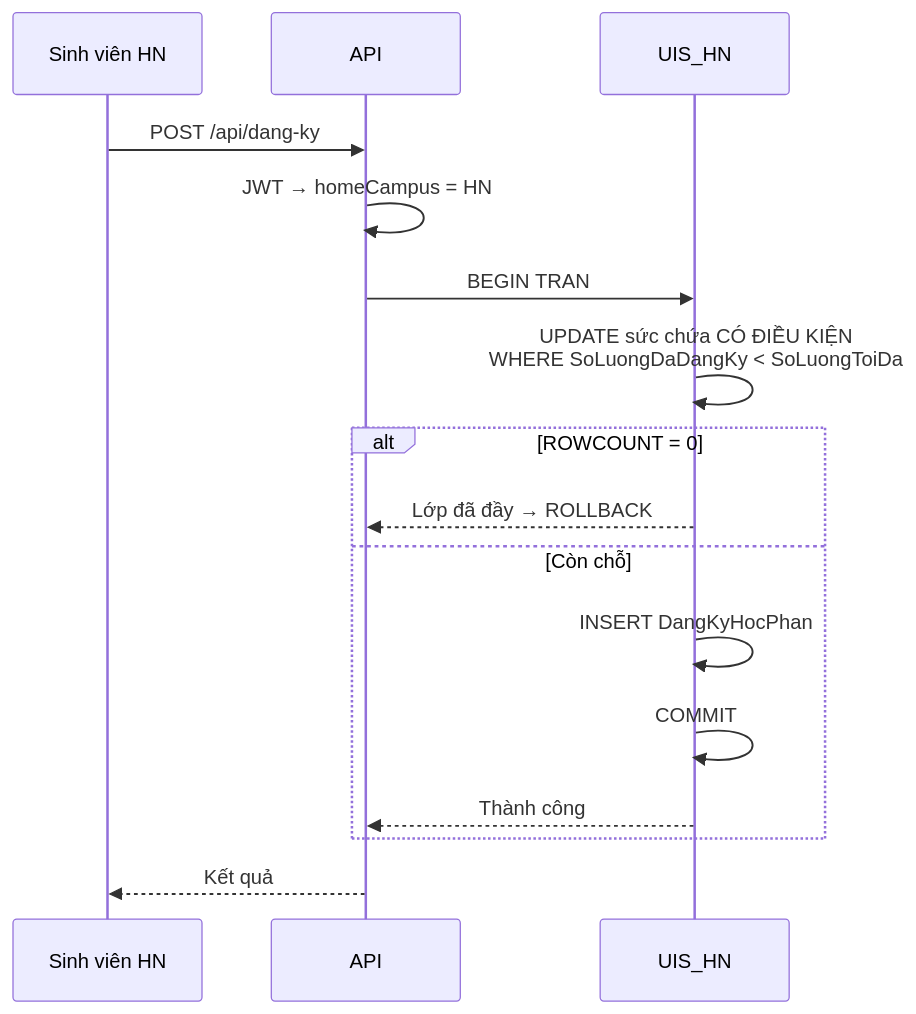
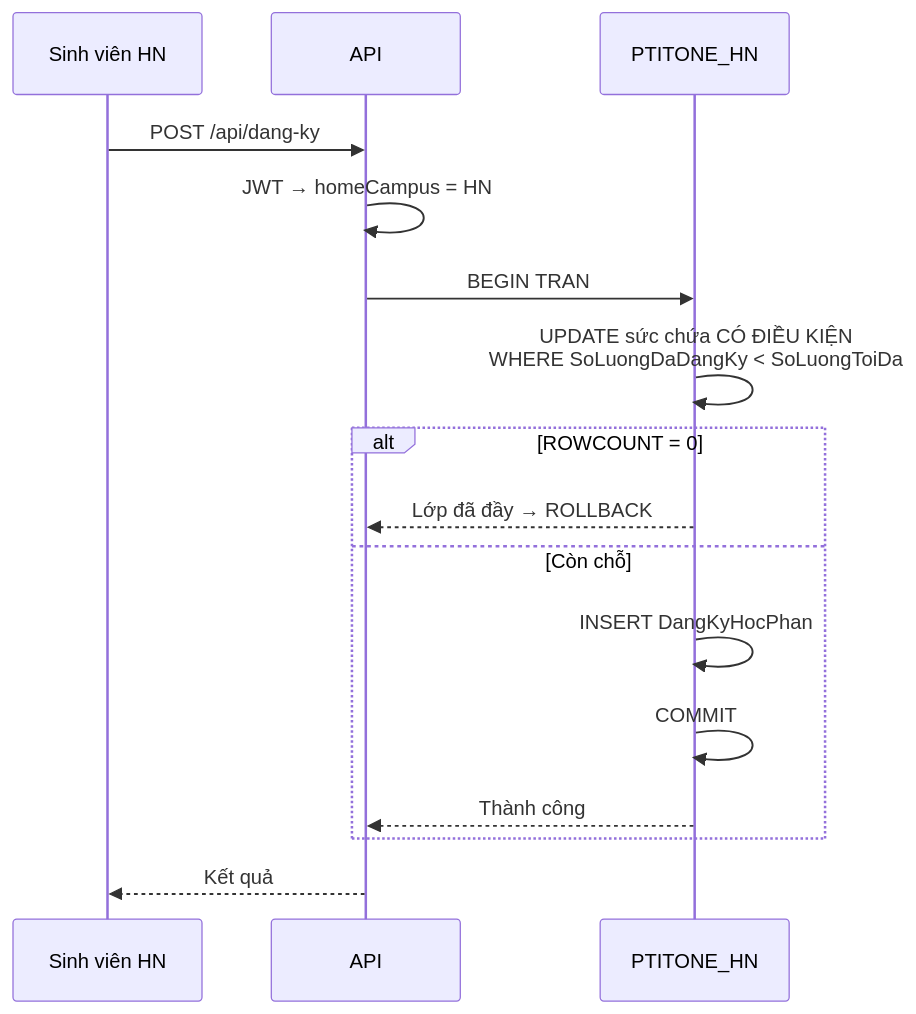
Before and after one commit to khangdzvl050623/PTIT-One: the fourth of 9 diagrams in README.md, drawn with Mermaid. The commit also changed other lines of this file and 8 other files, not shown here.

First line of the commit message:
feat(db): hạ tầng replication dùng lại được, chưa phụ thuộc schema

````diff
--- a/README.md
+++ b/README.md
@@ -173,19 +173,19 @@
 ```mermaid
 sequenceDiagram
     participant SV as Sinh viên HN
     participant API as API
-    participant HN as UIS_HN
+    participant HN as PTITONE_HN
 
     SV->>API: POST /api/dang-ky
     API->>API: JWT → homeCampus = HN
     API->>HN: BEGIN TRAN
     HN->>HN: UPDATE sức chứa CÓ ĐIỀU KIỆN<br/>WHERE SoLuongDaDangKy < SoLuongToiDa
     alt ROWCOUNT = 0
         HN-->>API: Lớp đã đầy → ROLLBACK
     else Còn chỗ
         HN->>HN: INSERT DangKyHocPhan
         HN->>HN: COMMIT
         HN-->>API: Thành công
     end
     API-->>SV: Kết quả
 ```
````
